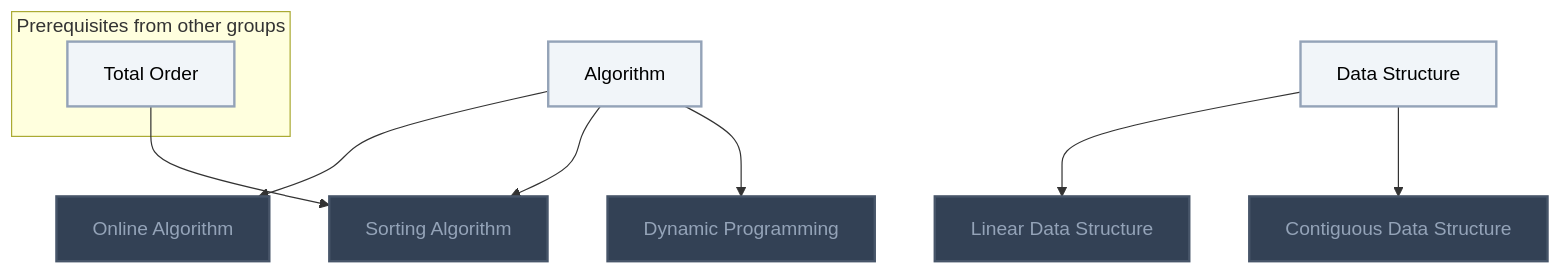
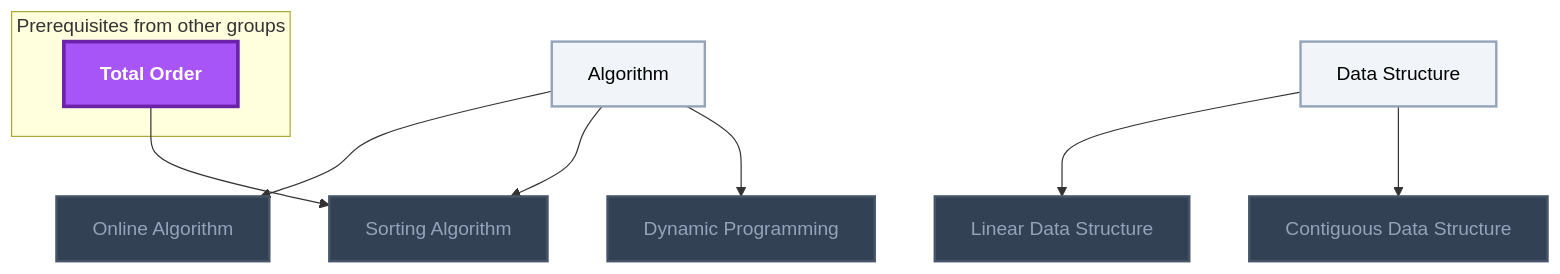
The first of 17 diagrams in Gamification/Skill Trees/Data Structures and Algorithms.md (MRauf1/My-Notes), drawn with Mermaid before and after one commit. The commit also changed other lines of this file and 145 other files, not shown here.

````diff
--- a/Gamification/Skill Trees/Data Structures and Algorithms.md
+++ b/Gamification/Skill Trees/Data Structures and Algorithms.md
@@ -17,31 +17,32 @@
 ```mermaid
 flowchart TD
     classDef planned fill:#1E293B,stroke:#64748B,stroke-width:2px,stroke-dasharray:5 5,color:#94A3B8;
     classDef locked fill:#334155,stroke:#475569,stroke-width:2px,color:#94A3B8;
     classDef L0 fill:#F1F5F9,stroke:#94A3B8,stroke-width:2px,color:#000000;
     classDef L1 fill:#22C55E,stroke:#15803D,stroke-width:2px,color:#000000;
     classDef L2 fill:#3B82F6,stroke:#1D4ED8,stroke-width:3px,color:#FFFFFF;
     classDef L3 fill:#A855F7,stroke:#6B21A8,stroke-width:3px,color:#FFFFFF,font-weight:bold;
     classDef L4 fill:#F97316,stroke:#C2410C,stroke-width:4px,color:#000000,font-weight:bold;
     classDef L5 fill:#FFD700,stroke:#FF8C00,stroke-width:5px,color:#000000,font-weight:bold;
     classDef rusty stroke:#8B4513,stroke-width:4px,stroke-dasharray:3 3;
     subgraph sg_prereqs["Prerequisites from other groups"]
         n_total_order["Total Order"]
     end
     n_algorithm["Algorithm"]
     n_online_algorithm["Online Algorithm"]
     n_data_structure["Data Structure"]
     n_linear_data_structure["Linear Data Structure"]
     n_contiguous_data_structure["Contiguous Data Structure"]
     n_sorting_algorithm["Sorting Algorithm"]
     n_dynamic_programming["Dynamic Programming"]
     n_algorithm --> n_online_algorithm
     n_algorithm --> n_sorting_algorithm
     n_total_order --> n_sorting_algorithm
     n_data_structure --> n_linear_data_structure
     n_data_structure --> n_contiguous_data_structure
     n_algorithm --> n_dynamic_programming
     class n_online_algorithm,n_linear_data_structure,n_contiguous_data_structure,n_sorting_algorithm,n_dynamic_programming locked;
-    class n_total_order,n_algorithm,n_data_structure L0;
+    class n_algorithm,n_data_structure L0;
+    class n_total_order L3;
     class n_total_order,n_algorithm,n_online_algorithm,n_data_structure,n_linear_data_structure,n_contiguous_data_structure,n_sorting_algorithm,n_dynamic_programming internal-link;
 ```
````
